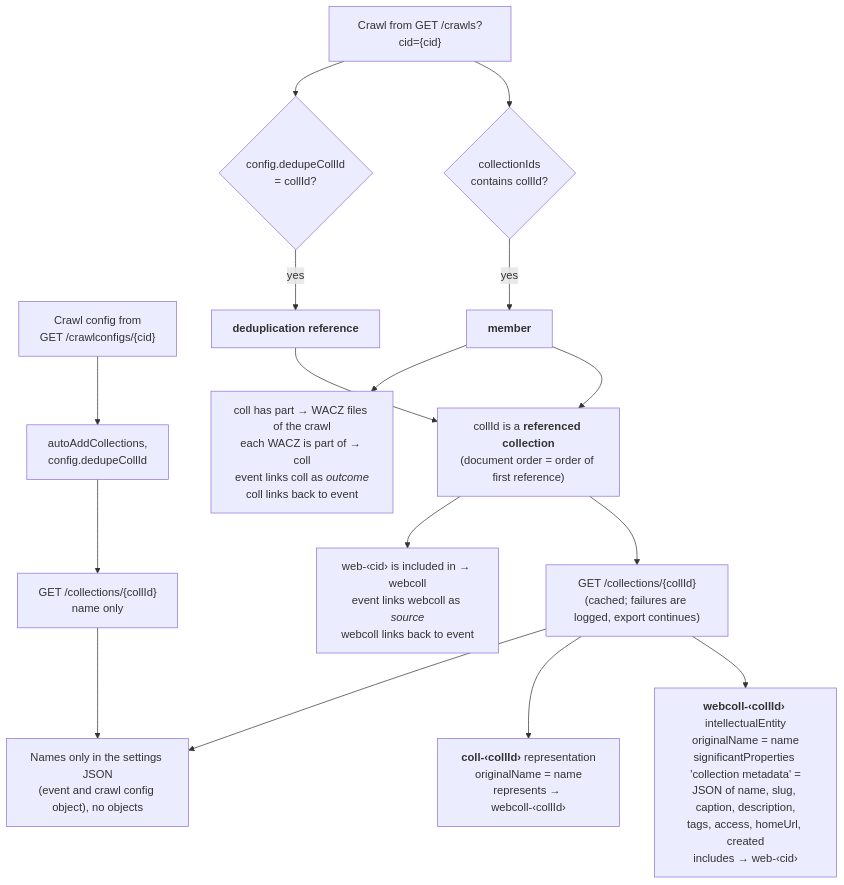
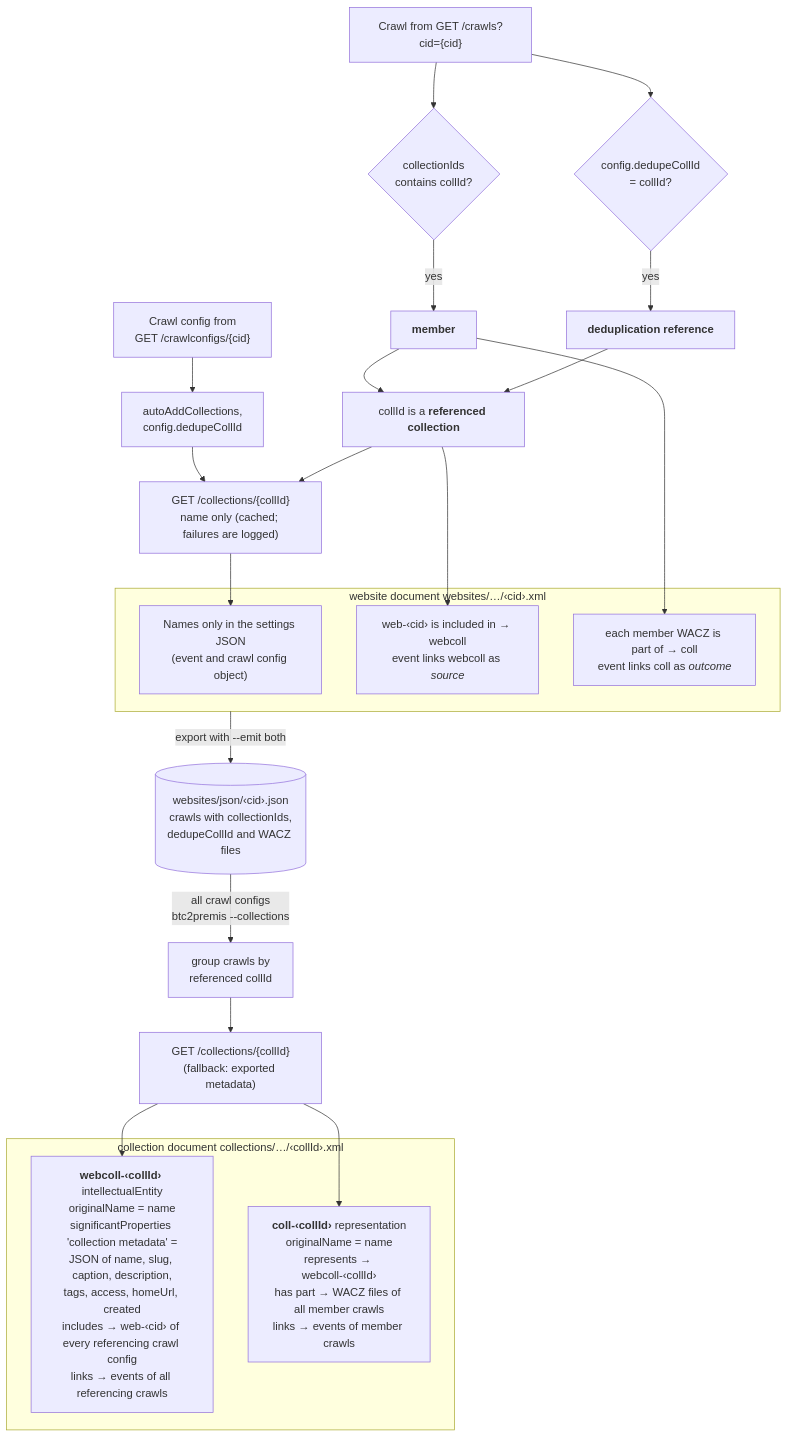
The third of 5 diagrams in docs/README.md (dla-marbach/btc2premis), drawn with Mermaid before and after one commit. The commit also changed other lines of this file and 13 other files, not shown here.

First line of the commit message:
Split output into websites/ and collections/ folders

````diff
--- a/docs/README.md
+++ b/docs/README.md
@@ -346,24 +385,34 @@
 ```mermaid
 flowchart TD
   CRAWL["Crawl from GET /crawls?cid={cid}"] --> M{"collectionIds<br/>contains collId?"}
   CRAWL --> D{"config.dedupeCollId<br/>= collId?"}
   CFG["Crawl config from<br/>GET /crawlconfigs/{cid}"] --> AA["autoAddCollections,<br/>config.dedupeCollId"]
 
   M -- yes --> MEMBER["<b>member</b>"]
   D -- yes --> DEDUPE["<b>deduplication reference</b>"]
 
-  MEMBER --> REF["collId is a <b>referenced collection</b><br/>(document order = order of first reference)"]
+  MEMBER --> REF["collId is a <b>referenced collection</b>"]
   DEDUPE --> REF
 
-  REF --> LOOKUP["GET /collections/{collId}<br/>(cached; failures are logged, export continues)"]
-  AA --> LOOKUP2["GET /collections/{collId}<br/>name only"]
+  AA --> LOOKUP2["GET /collections/{collId}<br/>name only (cached; failures are logged)"]
+  REF --> LOOKUP2
+  LOOKUP2 --> JSON["Names only in the settings JSON<br/>(event and crawl config object)"]
 
-  LOOKUP --> WC["<b>webcoll-‹collId›</b> intellectualEntity<br/>originalName = name<br/>significantProperties 'collection metadata' =<br/>JSON of name, slug, caption, description,<br/>tags, access, homeUrl, created<br/>includes → web-‹cid›"]
-  LOOKUP --> CO["<b>coll-‹collId›</b> representation<br/>originalName = name<br/>represents → webcoll-‹collId›"]
+  subgraph WEBDOC["website document websites/…/‹cid›.xml"]
+    LINKS_ALL["web-‹cid› is included in → webcoll<br/>event links webcoll as <i>source</i>"]
+    LINKS_MEMBER["each member WACZ is part of → coll<br/>event links coll as <i>outcome</i>"]
+    JSON
+  end
+  REF --> LINKS_ALL
+  MEMBER --> LINKS_MEMBER
 
-  REF --> LINKS_ALL["web-‹cid› is included in → webcoll<br/>event links webcoll as <i>source</i><br/>webcoll links back to event"]
-  MEMBER --> LINKS_MEMBER["coll has part → WACZ files of the crawl<br/>each WACZ is part of → coll<br/>event links coll as <i>outcome</i><br/>coll links back to event"]
+  WEBDOC -- "export with --emit both" --> WJSON[("websites/json/‹cid›.json<br/>crawls with collectionIds,<br/>dedupeCollId and WACZ files")]
+  WJSON -- "all crawl configs<br/>btc2premis --collections" --> GROUP["group crawls by<br/>referenced collId"]
+  GROUP --> LOOKUP["GET /collections/{collId}<br/>(fallback: exported metadata)"]
 
-  LOOKUP2 --> JSON["Names only in the settings JSON<br/>(event and crawl config object), no objects"]
-  LOOKUP --> JSON
+  subgraph COLLDOC["collection document collections/…/‹collId›.xml"]
+    WC["<b>webcoll-‹collId›</b> intellectualEntity<br/>originalName = name<br/>significantProperties 'collection metadata' =<br/>JSON of name, slug, caption, description,<br/>tags, access, homeUrl, created<br/>includes → web-‹cid› of every referencing crawl config<br/>links → events of all referencing crawls"]
+    CO["<b>coll-‹collId›</b> representation<br/>originalName = name<br/>represents → webcoll-‹collId›<br/>has part → WACZ files of all member crawls<br/>links → events of member crawls"]
+  end
+  LOOKUP --> WC & CO
 ```
````
